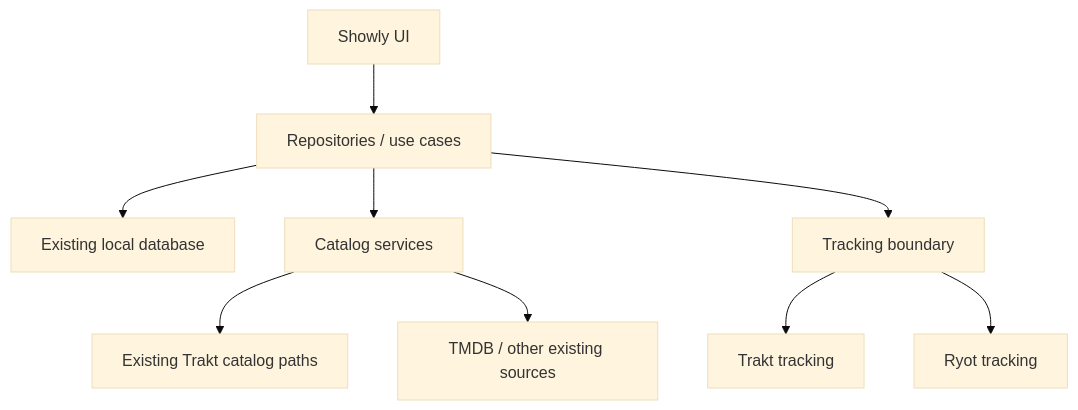
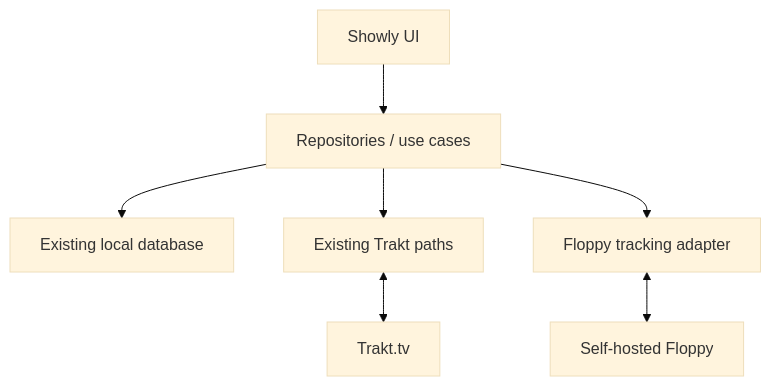
The diagram in docs/ARCHITECTURE.md (nonlog/showly), drawn with Mermaid (base theme) before and after one commit. The commit also changed other lines of this file and 18 other files, not shown here.

````diff
--- a/docs/ARCHITECTURE.md
+++ b/docs/ARCHITECTURE.md
@@ -21,11 +11,9 @@
 ```mermaid
 flowchart TD
     UI[Showly UI] --> R[Repositories / use cases]
     R --> L[Existing local database]
-    R --> C[Catalog services]
-    R --> T[Tracking boundary]
-    C --> TraktCatalog[Existing Trakt catalog paths]
-    C --> TMDB[TMDB / other existing sources]
-    T --> TraktTracking[Trakt tracking]
-    T --> RyotTracking[Ryot tracking]
+    R --> T[Existing Trakt paths]
+    R --> F[Floppy tracking adapter]
+    T <--> Trakt[Trakt.tv]
+    F <--> Floppy[Self-hosted Floppy]
 ```
````
